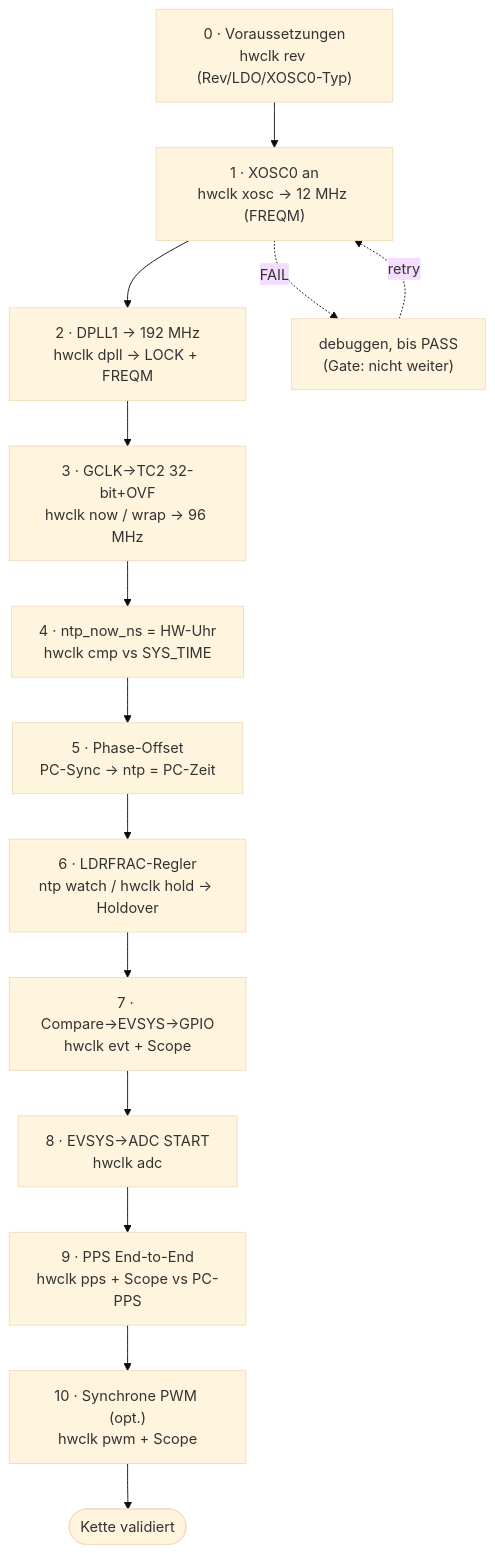
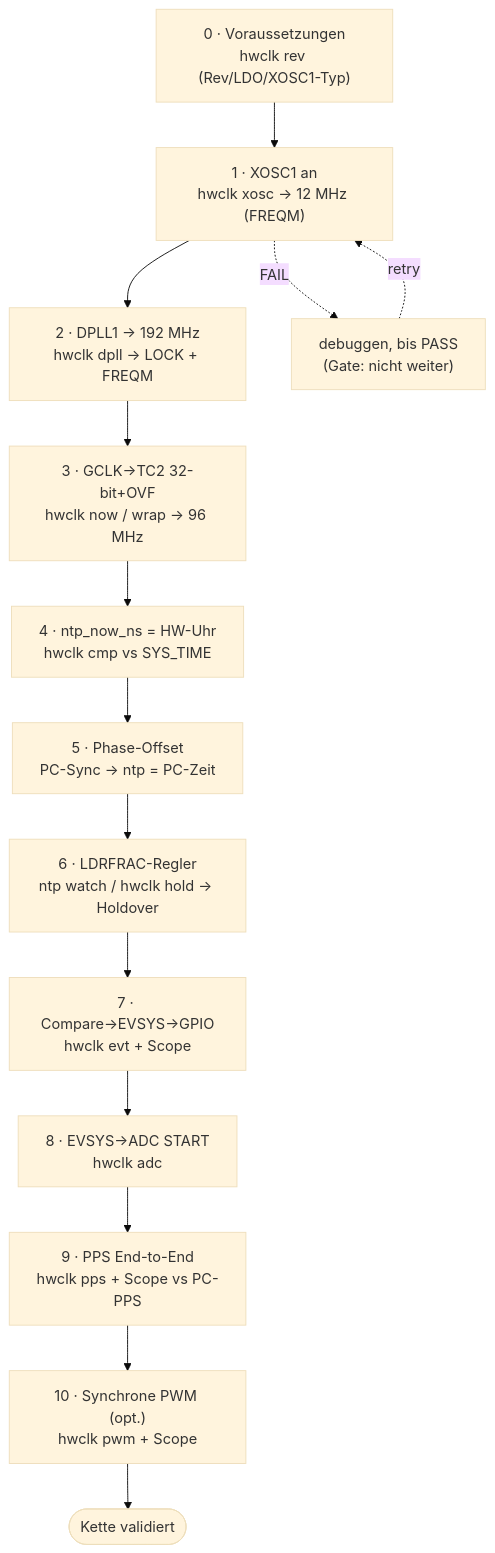
One commit to zabooh/lan866x-tools changed the diagram in firmware/t1s_100baset_bridge/docs/HW_TIMEBASE_BRINGUP_STEPS.md. Above: the diagram before and after it, drawn with Mermaid (base theme). The commit also changed other lines of this file and 2 other files, not shown here.

First line of the commit message:
docs(timebase): correct 12 MHz source XOSC0 -> XOSC1 (XIN1/PB22), external MEMS clock

````diff
--- a/firmware/t1s_100baset_bridge/docs/HW_TIMEBASE_BRINGUP_STEPS.md
+++ b/firmware/t1s_100baset_bridge/docs/HW_TIMEBASE_BRINGUP_STEPS.md
@@ -240,16 +239,16 @@
 ```mermaid
 flowchart TB
-  S0["0 · Voraussetzungen<br/>hwclk rev (Rev/LDO/XOSC0-Typ)"] --> S1
-  S1["1 · XOSC0 an<br/>hwclk xosc → 12 MHz (FREQM)"] --> S2
+  S0["0 · Voraussetzungen<br/>hwclk rev (Rev/LDO/XOSC1-Typ)"] --> S1
+  S1["1 · XOSC1 an<br/>hwclk xosc → 12 MHz (FREQM)"] --> S2
   S2["2 · DPLL1 → 192 MHz<br/>hwclk dpll → LOCK + FREQM"] --> S3
   S3["3 · GCLK→TC2 32-bit+OVF<br/>hwclk now / wrap → 96 MHz"] --> S4
   S4["4 · ntp_now_ns = HW-Uhr<br/>hwclk cmp vs SYS_TIME"] --> S5
   S5["5 · Phase-Offset<br/>PC-Sync → ntp = PC-Zeit"] --> S6
   S6["6 · LDRFRAC-Regler<br/>ntp watch / hwclk hold → Holdover"] --> S7
   S7["7 · Compare→EVSYS→GPIO<br/>hwclk evt + Scope"] --> S8
   S8["8 · EVSYS→ADC START<br/>hwclk adc"] --> S9
   S9["9 · PPS End-to-End<br/>hwclk pps + Scope vs PC-PPS"] --> S10
   S10["10 · Synchrone PWM (opt.)<br/>hwclk pwm + Scope"] --> DONE(["Kette validiert"])
   S1 -. FAIL .-> DBG["debuggen, bis PASS<br/>(Gate: nicht weiter)"]
   DBG -. retry .-> S1
 ```
````
